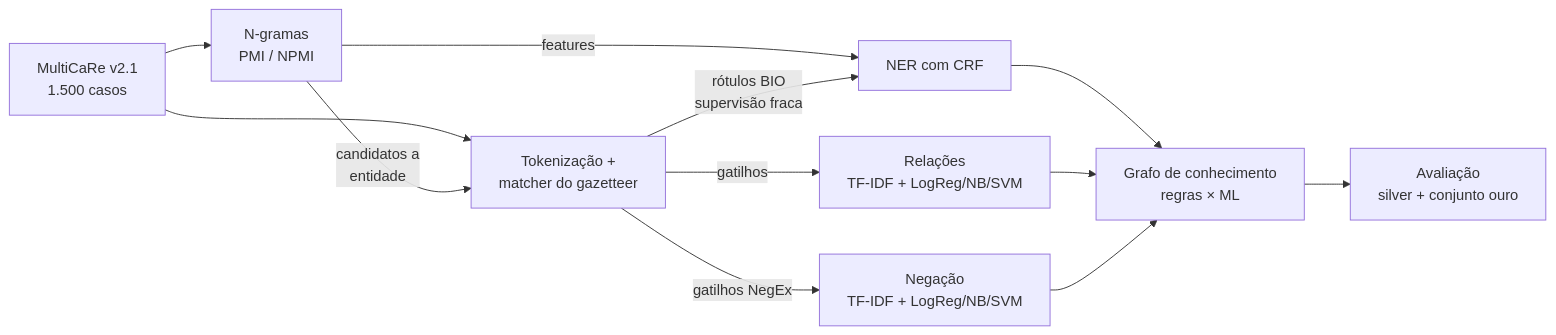
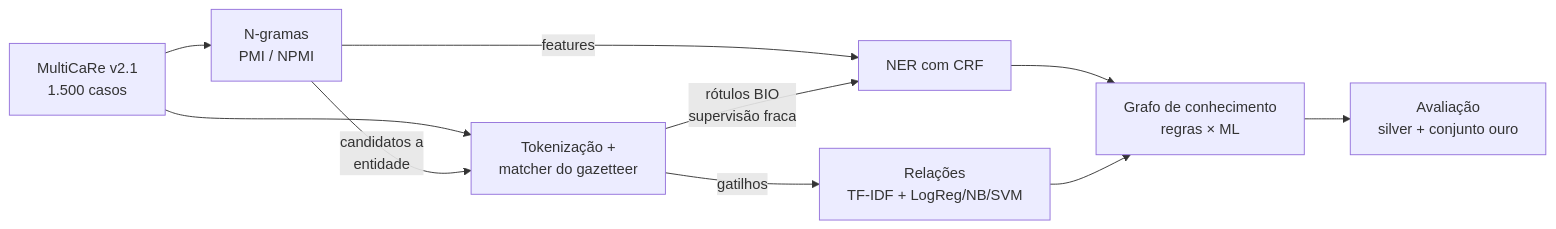
The first of 2 diagrams in project2/README.md (4wardAerial/mc896), drawn with Mermaid before and after one commit.

````diff
--- a/project2/README.md
+++ b/project2/README.md
@@ -17,14 +17,13 @@
 ```mermaid
 flowchart LR
     A[MultiCaRe v2.1<br/>1.500 casos] --> B[Tokenização +<br/>matcher do gazetteer]
     A --> C[N-gramas<br/>PMI / NPMI]
     C -->|candidatos a<br/>entidade| B
     C -->|features| D
     B -->|rótulos BIO<br/>supervisão fraca| D[NER com CRF]
     B -->|gatilhos| E[Relações<br/>TF-IDF + LogReg/NB/SVM]
-    B -->|gatilhos NegEx| F[Negação<br/>TF-IDF + LogReg/NB/SVM]
     D --> G[Grafo de conhecimento<br/>regras × ML]
     E --> G
-    F --> G
+
     G --> H[Avaliação<br/>silver + conjunto ouro]
 ```
````
